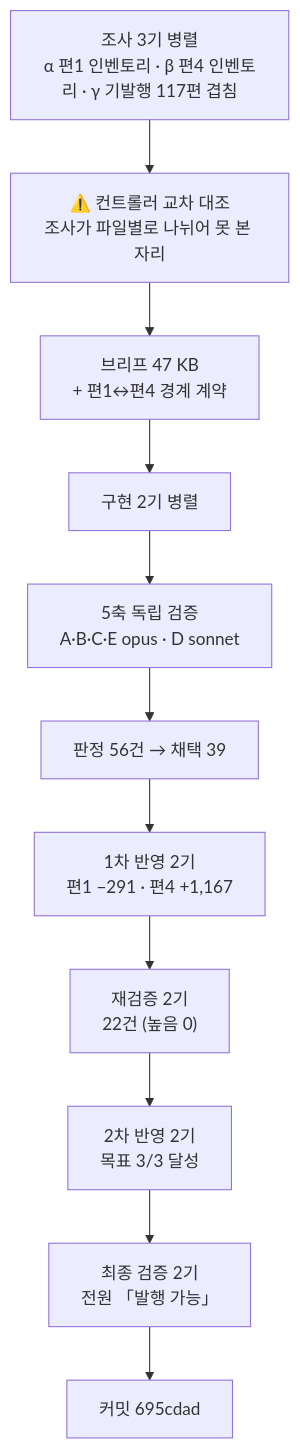
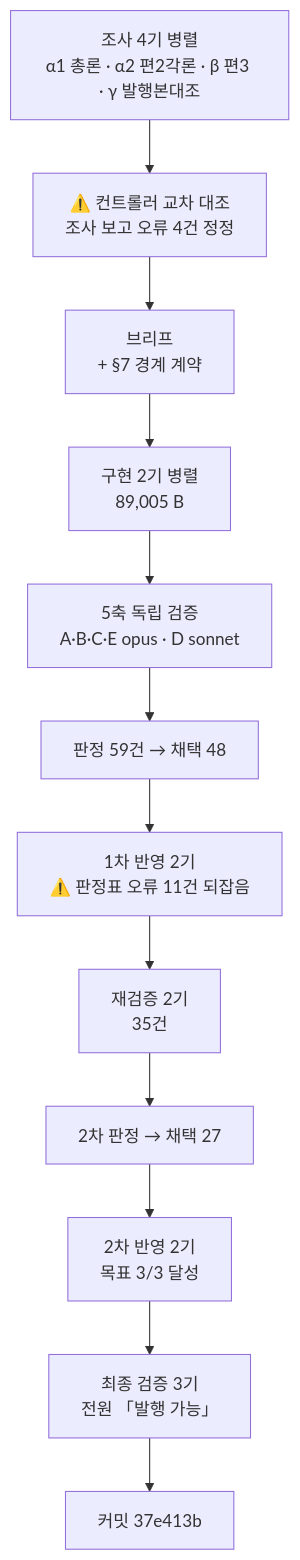
Before and after one commit to withwooyong/withwooyong.github.io: the diagram in HANDOFF.md, drawn with Mermaid. The commit also changed other lines of this file and 3 other files, not shown here.

````diff
--- a/HANDOFF.md
+++ b/HANDOFF.md
@@ -18,13 +18,14 @@
 ```mermaid
 flowchart TD
-    S["조사 3기 병렬<br/>α 편1 인벤토리 · β 편4 인벤토리 · γ 기발행 117편 겹침"] --> X["⚠️ 컨트롤러 교차 대조<br/>조사가 파일별로 나뉘어 못 본 자리"]
-    X --> B["브리프 47 KB<br/>+ 편1↔편4 경계 계약"]
-    B --> C["구현 2기 병렬"]
+    S["조사 4기 병렬<br/>α1 총론 · α2 편2각론 · β 편3 · γ 발행본대조"] --> X["⚠️ 컨트롤러 교차 대조<br/>조사 보고 오류 4건 정정"]
+    X --> B["브리프<br/>+ §7 경계 계약"]
+    B --> C["구현 2기 병렬<br/>89,005 B"]
     C --> V["5축 독립 검증<br/>A·B·C·E opus · D sonnet"]
-    V --> J["판정 56건 → 채택 39"]
-    J --> F1["1차 반영 2기<br/>편1 −291 · 편4 +1,167"]
-    F1 --> R["재검증 2기<br/>22건 (높음 0)"]
-    R --> F2["2차 반영 2기<br/>목표 3/3 달성"]
-    F2 --> FV["최종 검증 2기<br/>전원 「발행 가능」"]
-    FV --> CM["커밋 695cdad"]
+    V --> J["판정 59건 → 채택 48"]
+    J --> F1["1차 반영 2기<br/>⚠️ 판정표 오류 11건 되잡음"]
+    F1 --> R["재검증 2기<br/>35건"]
+    R --> J2["2차 판정 → 채택 27"]
+    J2 --> F2["2차 반영 2기<br/>목표 3/3 달성"]
+    F2 --> FV["최종 검증 3기<br/>전원 「발행 가능」"]
+    FV --> CM["커밋 37e413b"]
 ```
````
